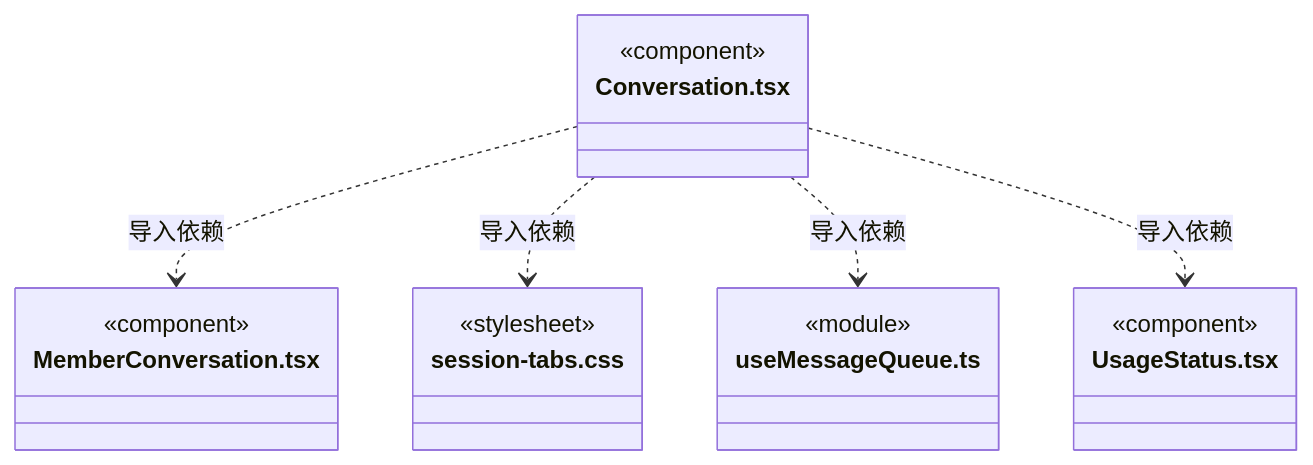
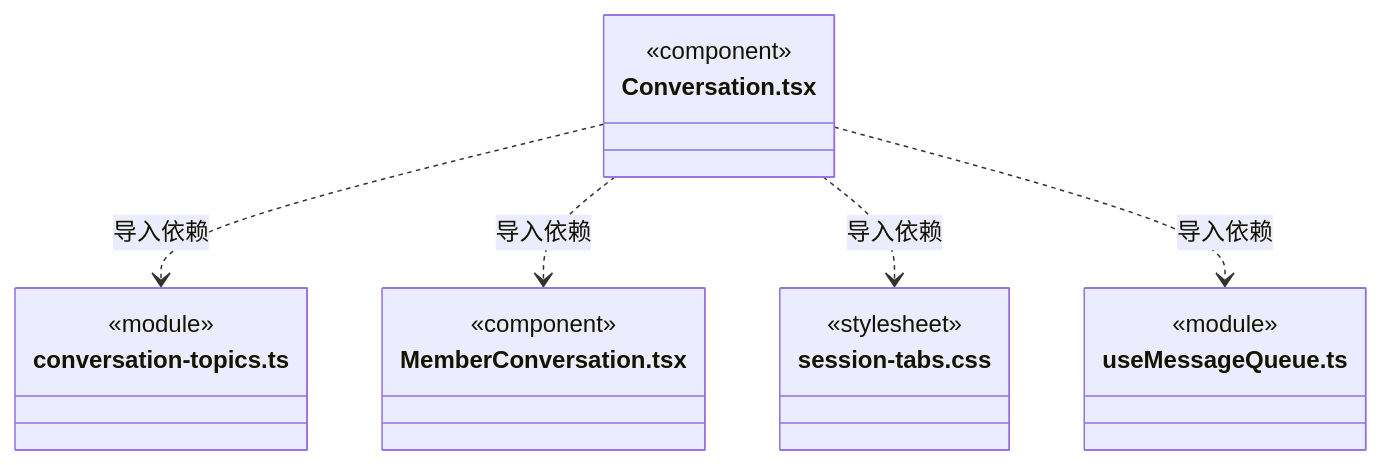
One commit to nan023062/cbim changed diagram 44 of 53 in src/view/conversation/ARCHITECTURE.md. Above: the diagram before and after it, drawn with Mermaid. The commit also changed other lines of this file and 10 other files, not shown here.

````diff
--- a/src/view/conversation/ARCHITECTURE.md
+++ b/src/view/conversation/ARCHITECTURE.md
@@ -646,22 +657,22 @@
 ```mermaid
 classDiagram
 class N_src_view_conversation_Conversation_tsx["Conversation.tsx"] {
   <<component>>
+}
+class N_src_view_conversation_conversation_topics_ts["conversation-topics.ts"] {
+  <<module>>
 }
 class N_src_view_conversation_MemberConversation_tsx["MemberConversation.tsx"] {
   <<component>>
 }
 class N_src_view_conversation_session_tabs_css["session-tabs.css"] {
   <<stylesheet>>
 }
 class N_src_view_conversation_useMessageQueue_ts["useMessageQueue.ts"] {
   <<module>>
 }
-class N_src_view_conversation_UsageStatus_tsx["UsageStatus.tsx"] {
-  <<component>>
-}
+N_src_view_conversation_Conversation_tsx ..> N_src_view_conversation_conversation_topics_ts : 导入依赖
 N_src_view_conversation_Conversation_tsx ..> N_src_view_conversation_MemberConversation_tsx : 导入依赖
 N_src_view_conversation_Conversation_tsx ..> N_src_view_conversation_session_tabs_css : 导入依赖
 N_src_view_conversation_Conversation_tsx ..> N_src_view_conversation_useMessageQueue_ts : 导入依赖
-N_src_view_conversation_Conversation_tsx ..> N_src_view_conversation_UsageStatus_tsx : 导入依赖
 ```
````
